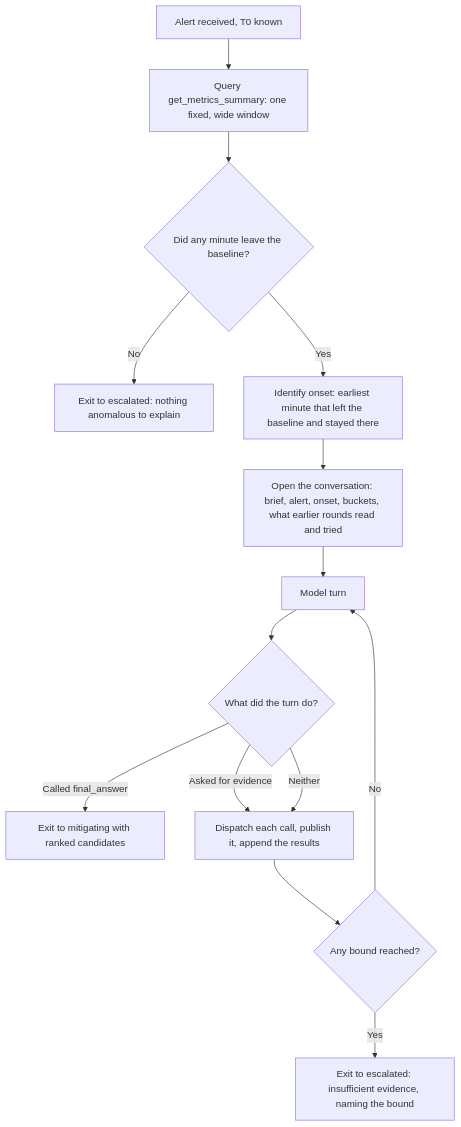
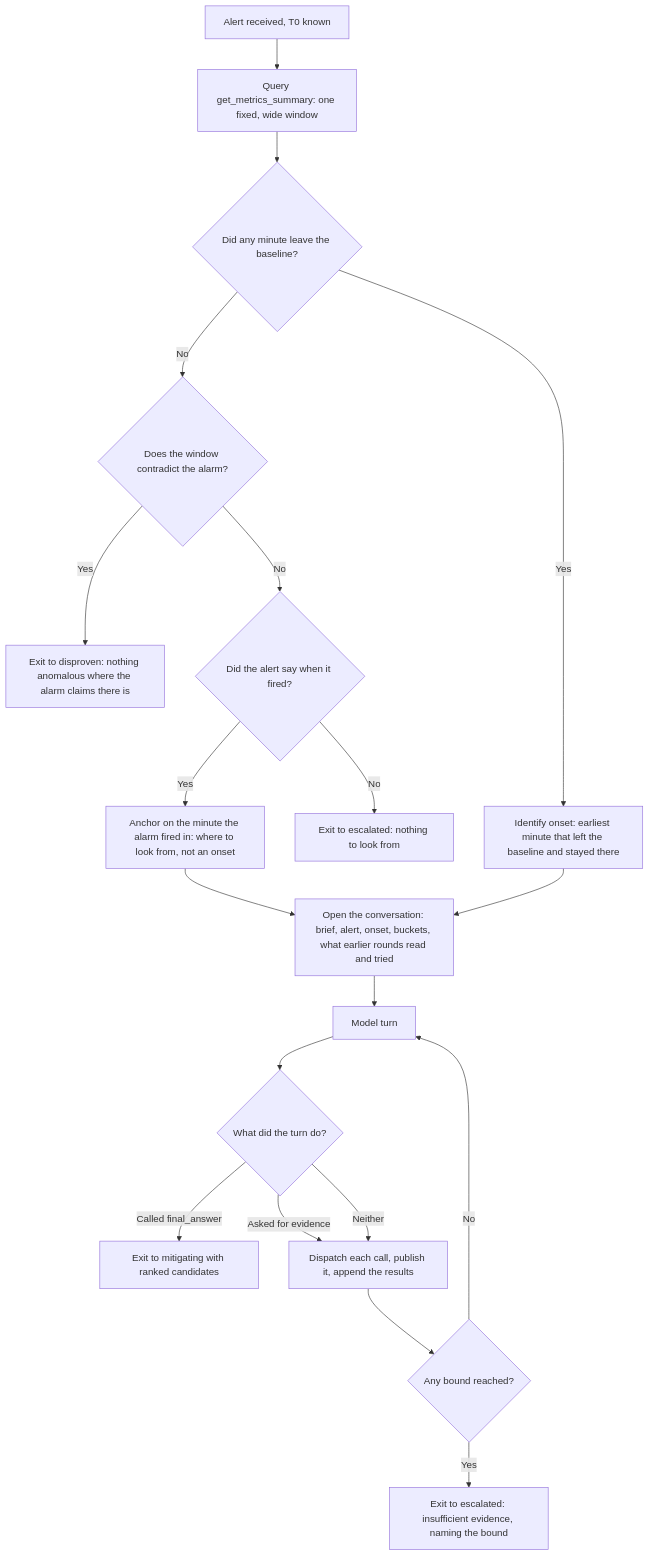
Before and after one commit to ohadraz/Argus: the second of 6 diagrams in docs/spec-and-architecture.md, drawn with Mermaid. The commit also changed other lines of this file and 26 other files, not shown here.

Commit message:
An alarm with no metrics is investigated from the minute it fired, and a cause nobody named is written as not determined

````diff
--- a/docs/spec-and-architecture.md
+++ b/docs/spec-and-architecture.md
@@ -317,16 +317,21 @@
 ```mermaid
 flowchart TD
     A[Alert received, T0 known] --> C[Query get_metrics_summary: one fixed, wide window]
     C --> D{Did any minute leave the baseline?}
-    D -->|No| K[Exit to escalated: nothing anomalous to explain]
+    D -->|No| K{Does the window contradict the alarm?}
+    K -->|Yes| X[Exit to disproven: nothing anomalous where the alarm claims there is]
+    K -->|No| Q{Did the alert say when it fired?}
+    Q -->|Yes| N[Anchor on the minute the alarm fired in: where to look from, not an onset]
+    Q -->|No| Z[Exit to escalated: nothing to look from]
+    N --> F
     D -->|Yes| E[Identify onset: earliest minute that left the baseline and stayed there]
     E --> F[Open the conversation: brief, alert, onset, buckets, what earlier rounds read and tried]
     F --> G[Model turn]
     G --> H{What did the turn do?}
     H -->|Called final_answer| I[Exit to mitigating with ranked candidates]
     H -->|Asked for evidence| J[Dispatch each call, publish it, append the results]
     H -->|Neither| J
     J --> L{Any bound reached?}
     L -->|No| G
     L -->|Yes| M[Exit to escalated: insufficient evidence, naming the bound]
 ```
````
